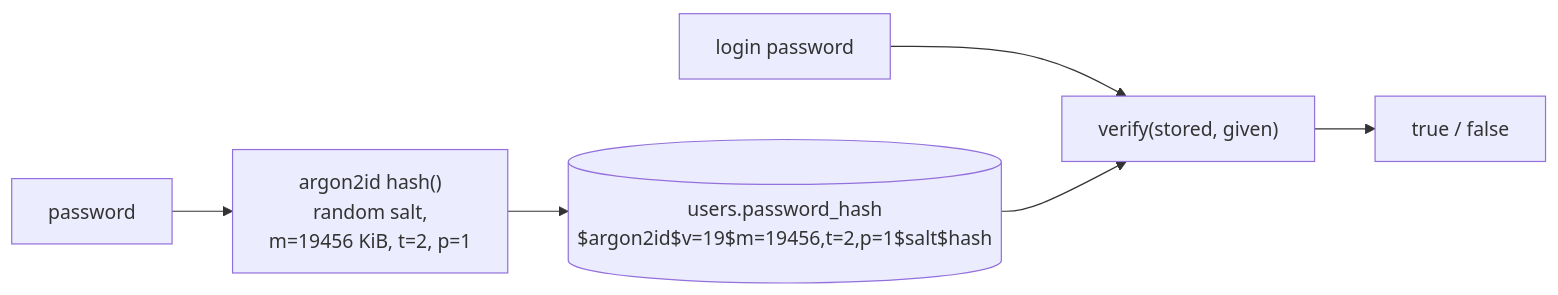
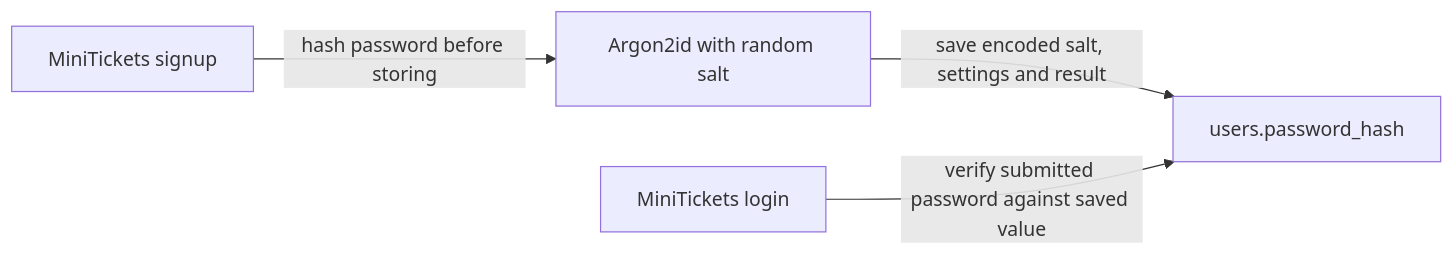
Before and after one commit to maheshnd/minitickets: the diagram in docs/handbook/concepts/password-hashing.md, drawn with Mermaid. The commit also changed other lines of this file and 119 other files, not shown here.

````diff
--- a/docs/handbook/concepts/password-hashing.md
+++ b/docs/handbook/concepts/password-hashing.md
@@ -20,8 +18,6 @@
 ```mermaid
 flowchart LR
-    pw["password"] --> h["argon2id hash()<br/>random salt,<br/>m=19456 KiB, t=2, p=1"]
-    h --> db[("users.password_hash<br/>$argon2id$v=19$m=19456,t=2,p=1$salt$hash")]
-    pw2["login password"] --> v["verify(stored, given)"]
-    db --> v
-    v --> ok["true / false"]
+    signup["MiniTickets signup"] -->|"hash password before storing"| hash["Argon2id with random salt"]
+    hash -->|"save encoded salt, settings and result"| db["users.password_hash"]
+    login["MiniTickets login"] -->|"verify submitted password against saved value"| db
 ```
````
